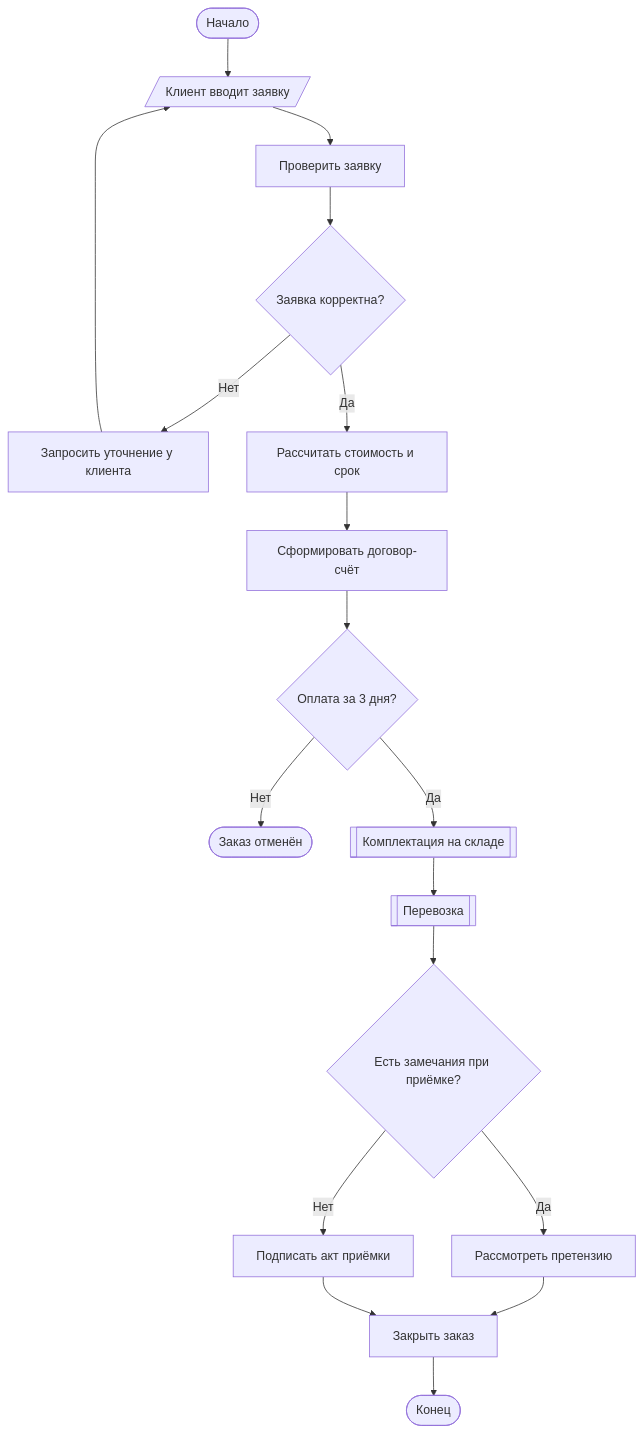
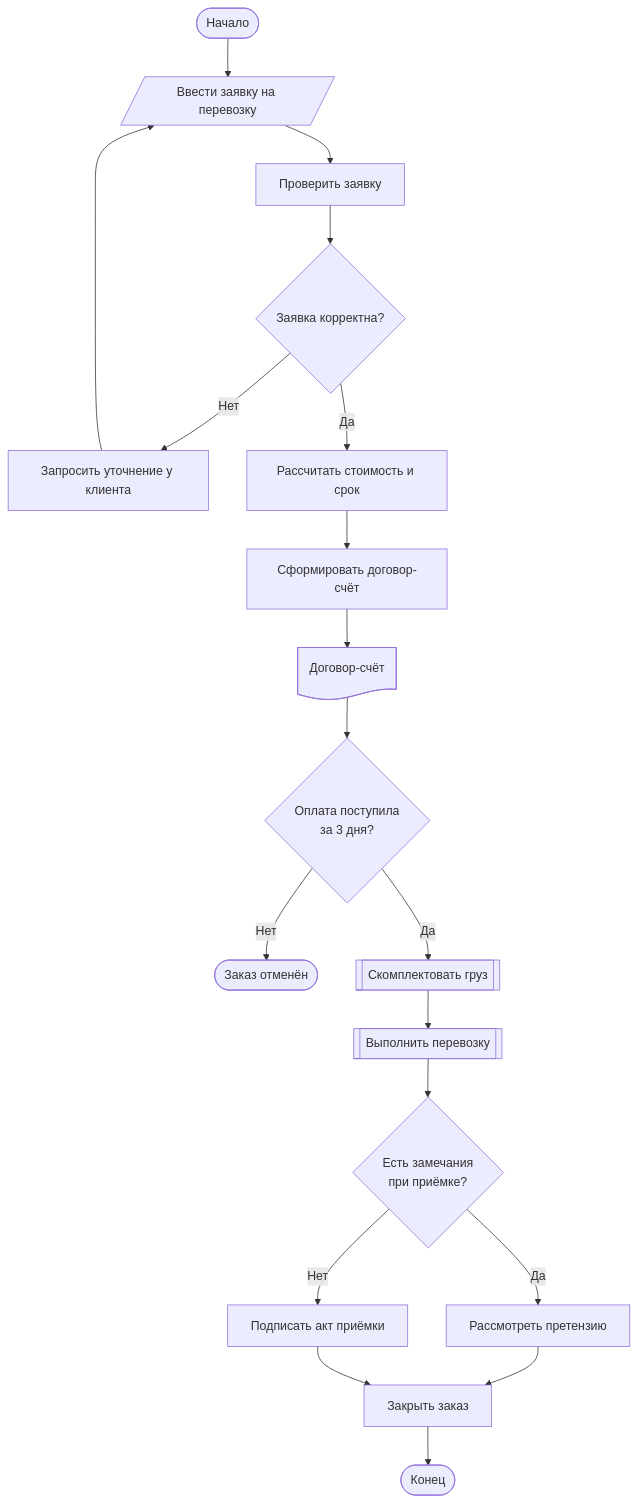
One commit to starpxand/bpm-notations-wiki changed the diagram in docs/notations/flowchart.md. Above: the diagram before and after it, drawn with Mermaid. The commit also changed other lines of this file and 25 other files, not shown here.

First line of the commit message:
feat: динамичная мини-wiki, диаграммы строго по нотациям, источники по ГОСТ Р 7.0.100

````diff
--- a/docs/notations/flowchart.md
+++ b/docs/notations/flowchart.md
@@ -41,20 +51,21 @@
 ```mermaid
 flowchart TD
-    A([Начало]) --> B[/Клиент вводит заявку/]
+    A([Начало]) --> B[/Ввести заявку на перевозку/]
     B --> C[Проверить заявку]
     C --> D{Заявка корректна?}
     D -- Нет --> E[Запросить уточнение у клиента]
     E --> B
     D -- Да --> F[Рассчитать стоимость и срок]
     F --> G[Сформировать договор-счёт]
-    G --> H{Оплата за 3 дня?}
+    G --> DOC@{ shape: doc, label: "Договор-счёт" }
+    DOC --> H{Оплата поступила<br>за 3 дня?}
     H -- Нет --> Z1([Заказ отменён])
-    H -- Да --> I[[Комплектация на складе]]
-    I --> J[[Перевозка]]
-    J --> K{Есть замечания при приёмке?}
+    H -- Да --> I[[Скомплектовать груз]]
+    I --> J[[Выполнить перевозку]]
+    J --> K{Есть замечания<br>при приёмке?}
     K -- Да --> L[Рассмотреть претензию]
     K -- Нет --> M[Подписать акт приёмки]
     L --> N[Закрыть заказ]
     M --> N
     N --> Z2([Конец])
 ```
````
